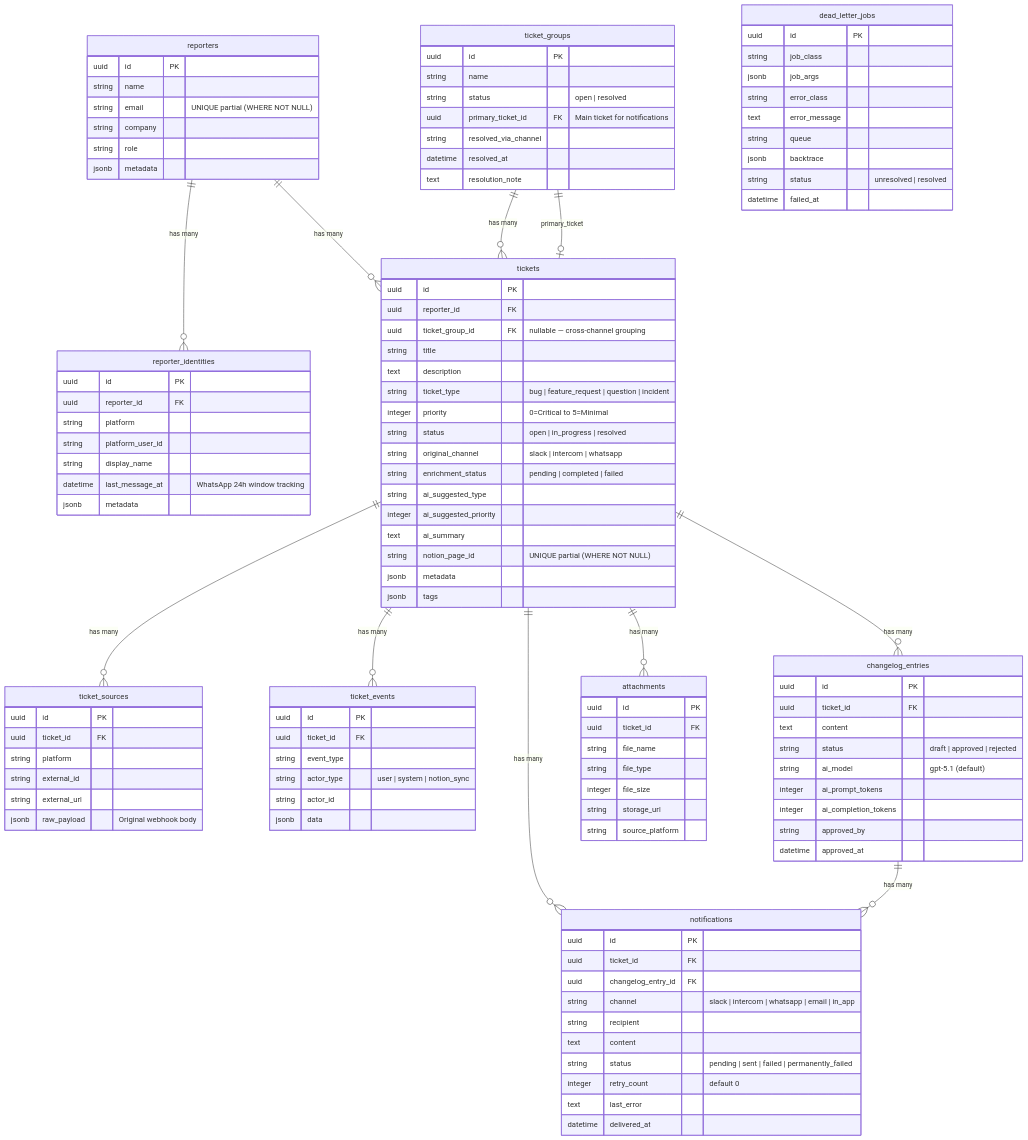
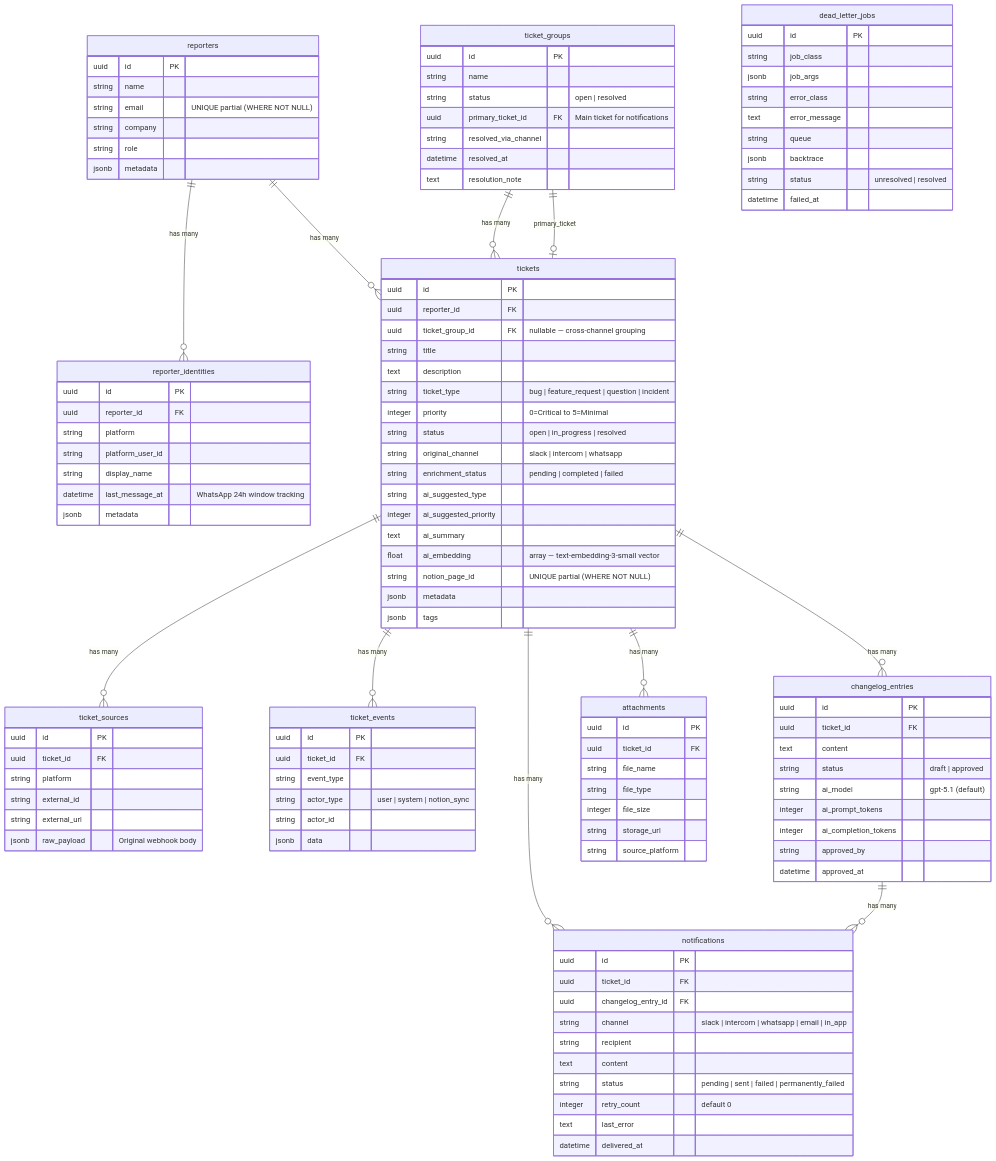
One commit to abouhid2/feedback-hub changed the second of 4 diagrams in README.md. Above: the diagram before and after it, drawn with Mermaid. The commit also changed other lines of this file, not shown here.

```diff
--- a/README.md
+++ b/README.md
@@ -199,6 +283,7 @@
         string ai_suggested_type
         integer ai_suggested_priority
         text ai_summary
+        float ai_embedding "array — text-embedding-3-small vector"
         string notion_page_id "UNIQUE partial (WHERE NOT NULL)"
         jsonb metadata
         jsonb tags
@@ -226,7 +311,7 @@
         uuid id PK
         uuid ticket_id FK
         text content
-        string status "draft | approved | rejected"
+        string status "draft | approved"
         string ai_model "gpt-5.1 (default)"
         integer ai_prompt_tokens
         integer ai_completion_tokens
```
